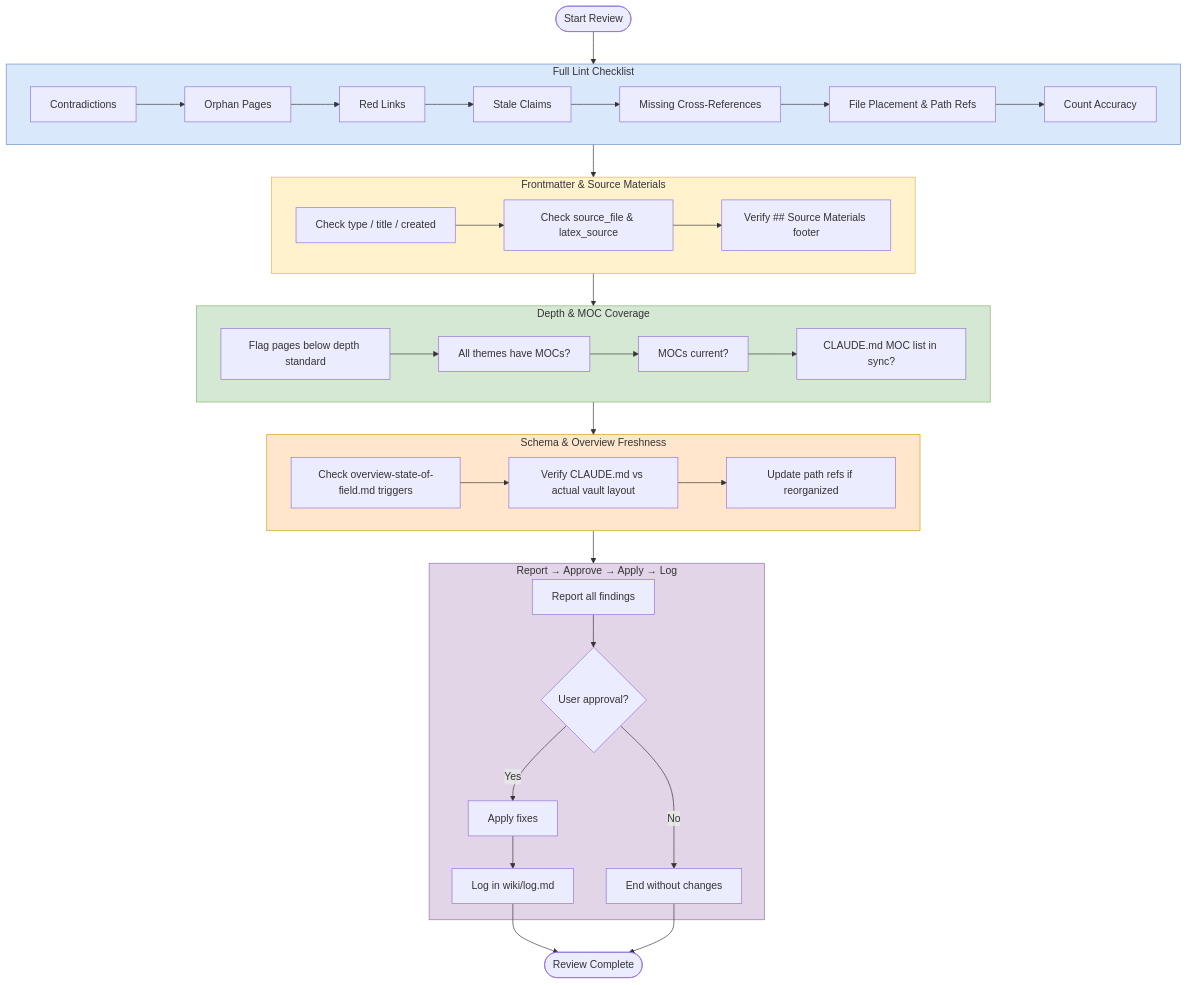
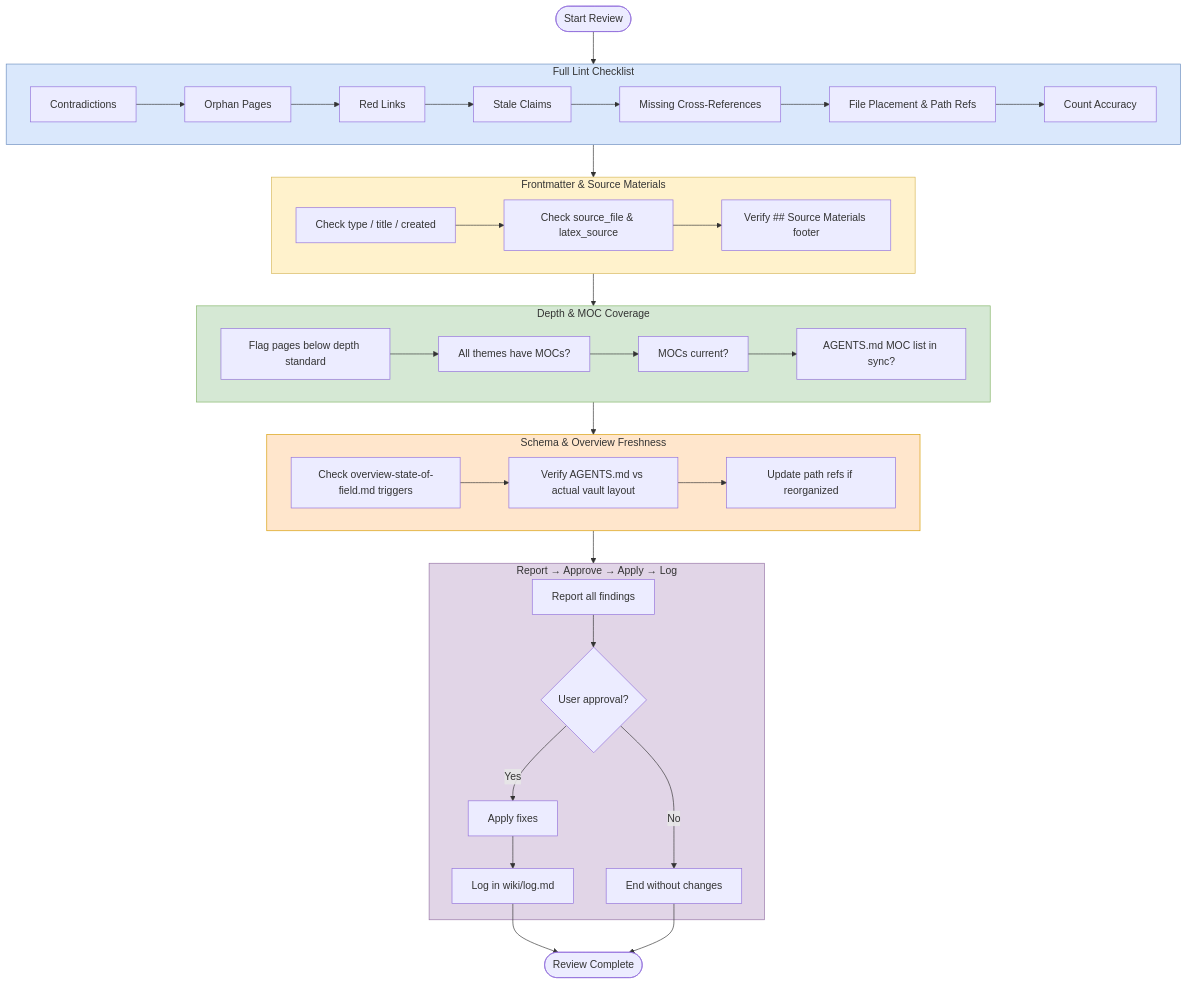
Before and after one commit to CompleteTech-LLC-AI-Research/beyond-the-token-bottleneck: the diagram in workflows/review.md, drawn with Mermaid. The commit also changed other lines of this file and 13 other files, not shown here.

````diff
--- a/workflows/review.md
+++ b/workflows/review.md
@@ -3,52 +3,52 @@
 ```mermaid
 graph TD
     Start([Start Review]) --> Lint
 
     subgraph Lint["Full Lint Checklist"]
         style Lint fill:#dae8fc,stroke:#6c8ebf
         L1[Contradictions] --> L2[Orphan Pages]
         L2 --> L3[Red Links]
         L3 --> L4[Stale Claims]
         L4 --> L5[Missing Cross-References]
         L5 --> L6[File Placement & Path Refs]
         L6 --> L7[Count Accuracy]
     end
 
     Lint --> FM
 
     subgraph FM["Frontmatter & Source Materials"]
         style FM fill:#fff2cc,stroke:#d6b656
         FM1["Check type / title / created"] --> FM2["Check source_file & latex_source"]
         FM2 --> FM3["Verify ## Source Materials footer"]
     end
 
     FM --> Depth
 
     subgraph Depth["Depth & MOC Coverage"]
         style Depth fill:#d5e8d4,stroke:#82b366
         D1[Flag pages below depth standard] --> D2[All themes have MOCs?]
         D2 --> D3[MOCs current?]
-        D3 --> D4["CLAUDE.md MOC list in sync?"]
+D3 --> D4["AGENTS.md MOC list in sync?"]
     end
 
     Depth --> Schema
 
     subgraph Schema["Schema & Overview Freshness"]
         style Schema fill:#ffe6cc,stroke:#d79b00
-        S1["Check overview-state-of-field.md triggers"] --> S2["Verify CLAUDE.md vs actual vault layout"]
+S1["Check overview-state-of-field.md triggers"] --> S2["Verify AGENTS.md vs actual vault layout"]
         S2 --> S3["Update path refs if reorganized"]
     end
 
     Schema --> Report
 
     subgraph Report["Report → Approve → Apply → Log"]
         style Report fill:#e1d5e7,stroke:#9673a6
         R1[Report all findings] --> R2{User approval?}
         R2 -->|Yes| R3[Apply fixes]
         R3 --> R4["Log in wiki/log.md"]
         R2 -->|No| R5[End without changes]
     end
 
     R4 --> Done([Review Complete])
     R5 --> Done
 ```
````
